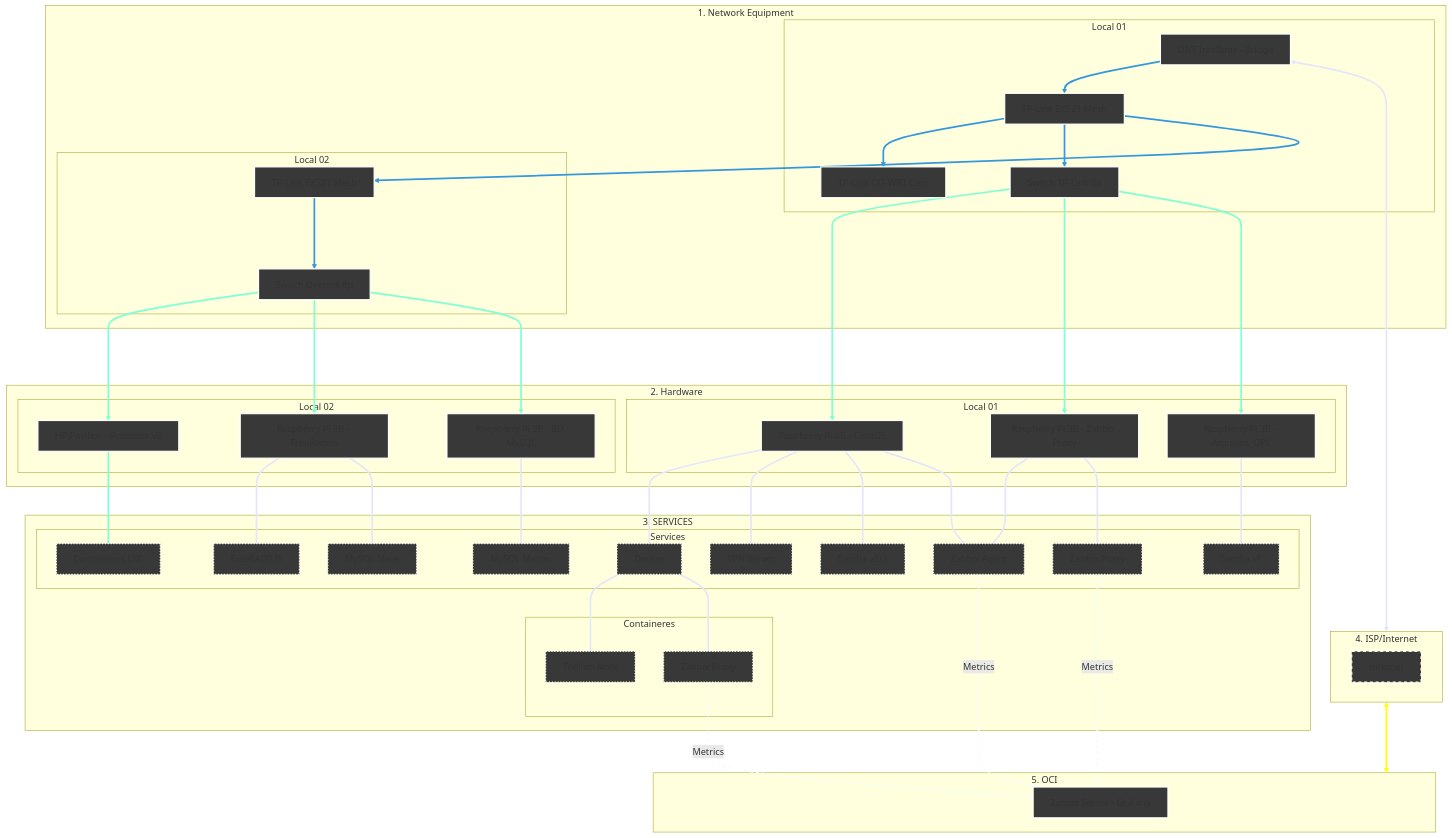
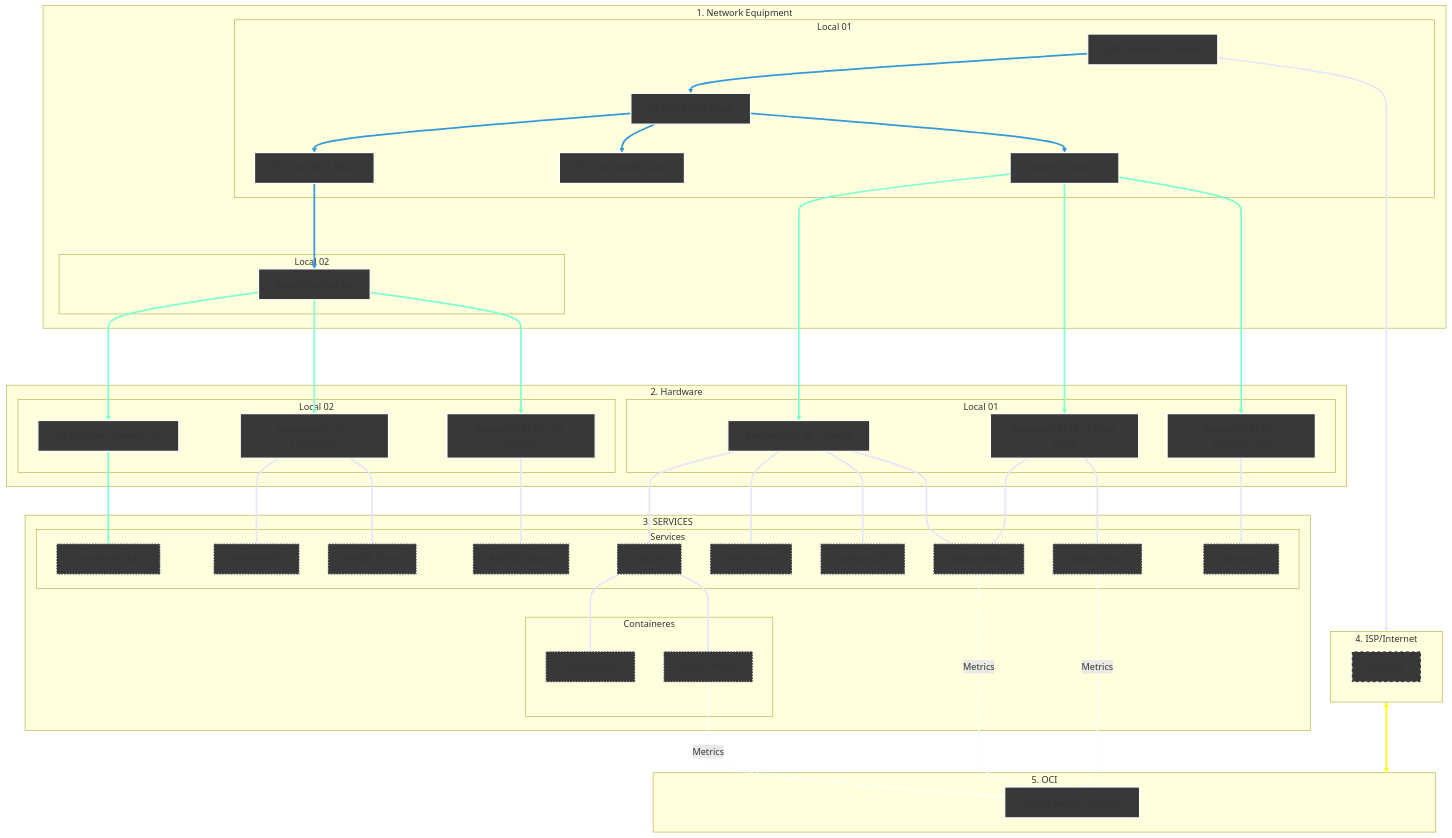
The diagram in Infrastructure/README.md (kevindexter22/Dr-Hardware-Autonet), drawn with Mermaid before and after one commit. The commit also changed other lines of this file, not shown here.

Commit message:
Fix network diagram by removing duplicate connection

```diff
--- a/Infrastructure/README.md
+++ b/Infrastructure/README.md
@@ -23,11 +23,11 @@
     subgraph Principal["1. Network Equipment"]
     subgraph S1 [Local 01]
         ONT[ONT Intelbras - Bridge]:::network --> R_Mesh1[TP-Link EX521 Mesh]:::network
+        R_Mesh1 --> R_Mesh2[TP-Link EX521 Mesh]:::network
         R_Mesh1 --> R_Cams[TP-Link DD-WRT Cam]:::network
         R_Mesh1 --> SW1[Switch TP-Link 8p]:::network
     end
     subgraph S2 [Local 02]
-        R_Mesh1 --> R_Mesh2[TP-Link EX521 Mesh]:::network
         R_Mesh2 ---> SW2[Switch Overtek 8p]:::network  
     end
     end
```
